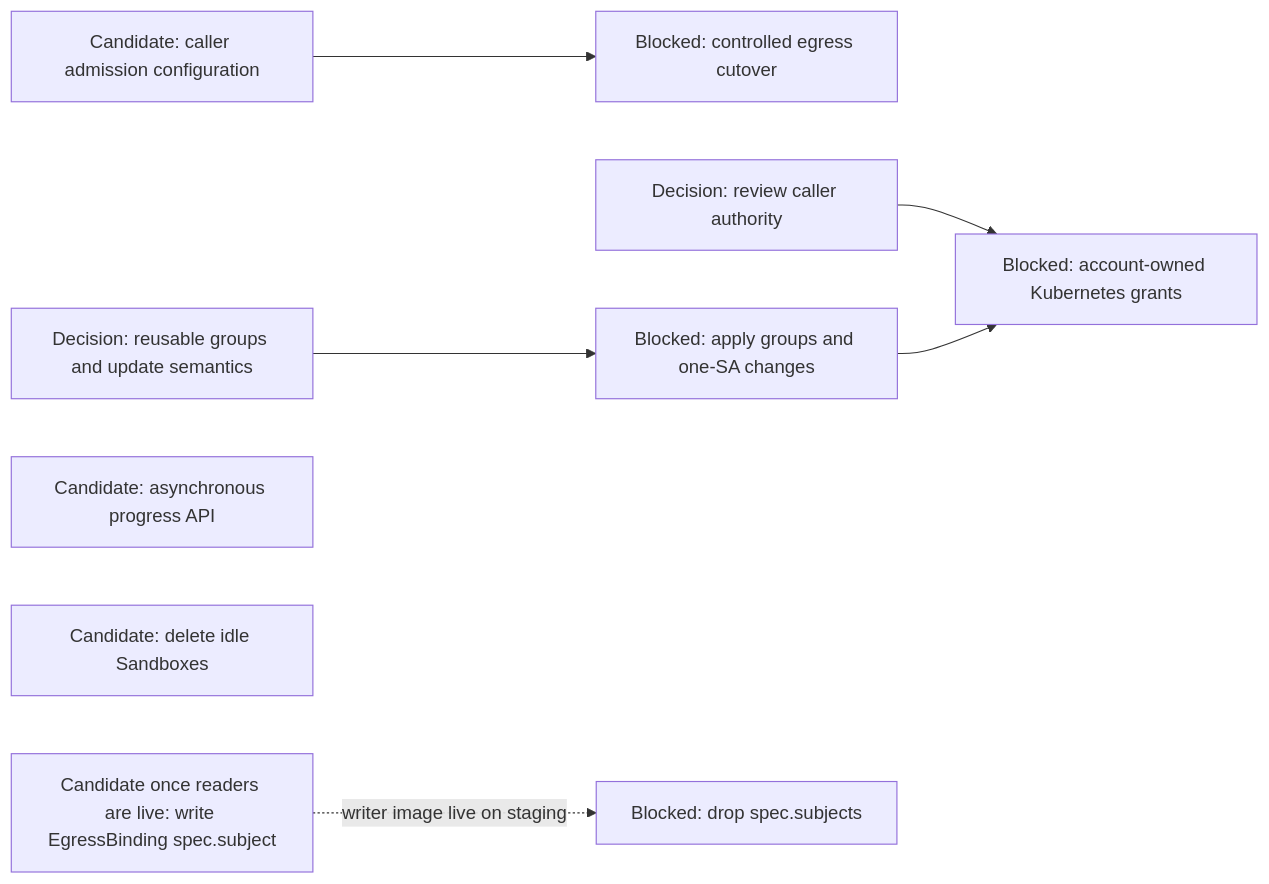
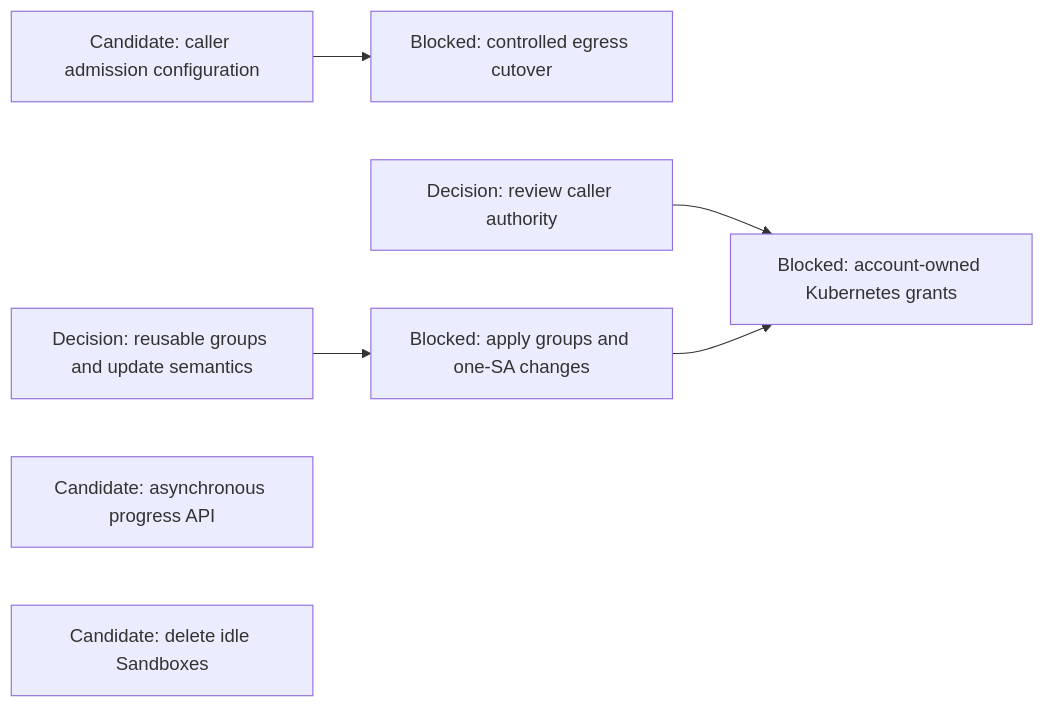
One commit to agentydragon/ducktape changed the seventh of 13 diagrams in agentplane/plans/task_dag.md. Above: the diagram before and after it, drawn with Mermaid. The commit also changed other lines of this file and 26 other files, not shown here.

First line of the commit message:
agentplane/egress: EgressBinding names its one subject in spec.subject only

````diff
--- a/agentplane/plans/task_dag.md
+++ b/agentplane/plans/task_dag.md
@@ -429,10 +429,9 @@
 ```mermaid
 flowchart LR
     PC_EGRESS_CREDENTIALS[Candidate: caller admission configuration] --> PC_EGRESS[Blocked: controlled egress cutover]
     CLAUDE_AI_SA[Decision: review caller authority] --> MANAGED_SA_RBAC[Blocked: account-owned Kubernetes grants]
     KUBERNETES_RBAC_POLICIES[Decision: reusable groups and update semantics] --> KUBERNETES_RBAC_POLICY_BINDINGS[Blocked: apply groups and one-SA changes]
     KUBERNETES_RBAC_POLICY_BINDINGS --> MANAGED_SA_RBAC
     BOOTSTRAP_PROGRESS_CONTRACT[Candidate: asynchronous progress API]
     SANDBOX_IDLE_EXPIRY[Candidate: delete idle Sandboxes]
-    BINDING_SUBJECT_WRITERS[Candidate once readers are live: write EgressBinding spec.subject] -. writer image live on staging .-> BINDING_SUBJECTS_RETIRE[Blocked: drop spec.subjects]
 ```
````
